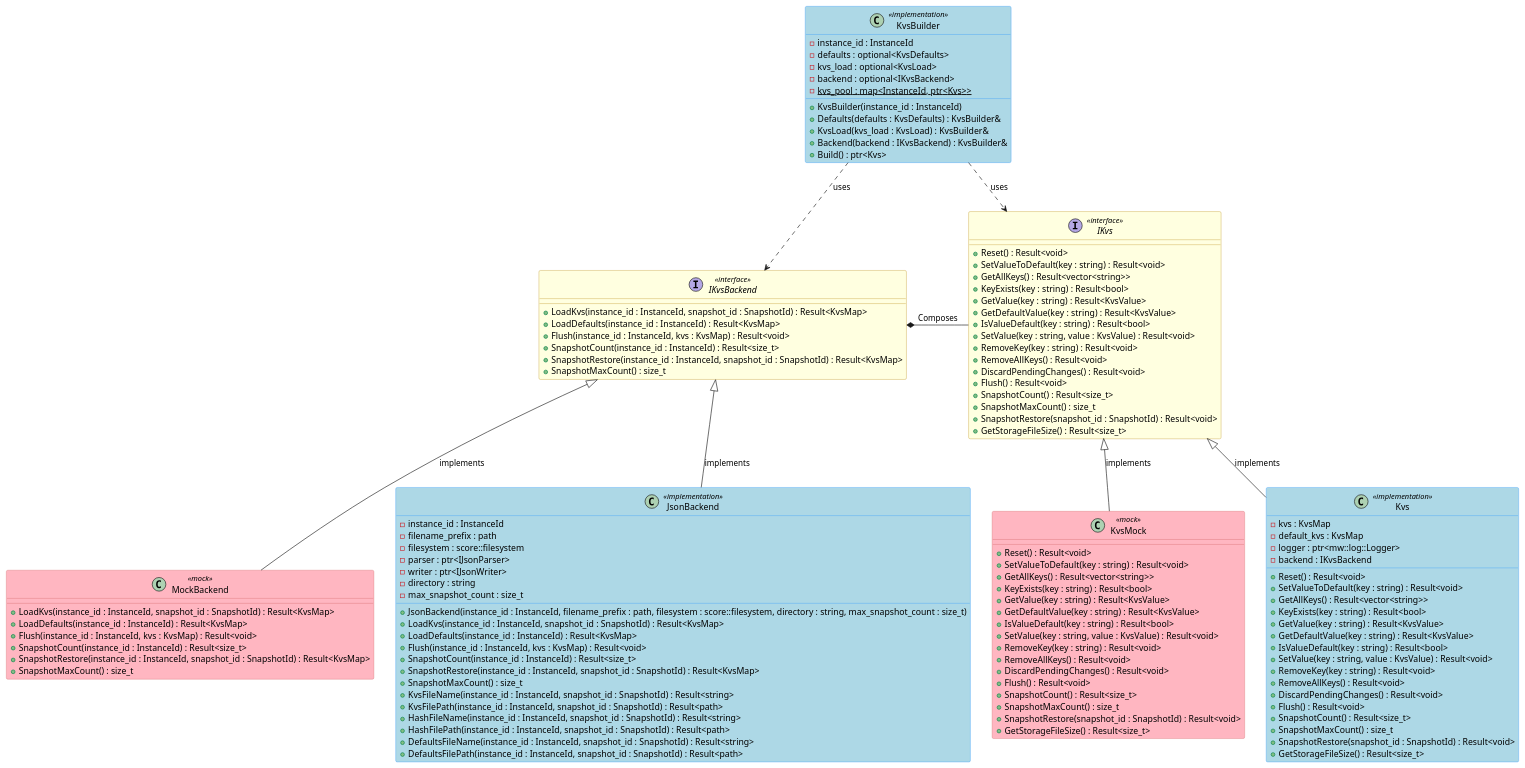
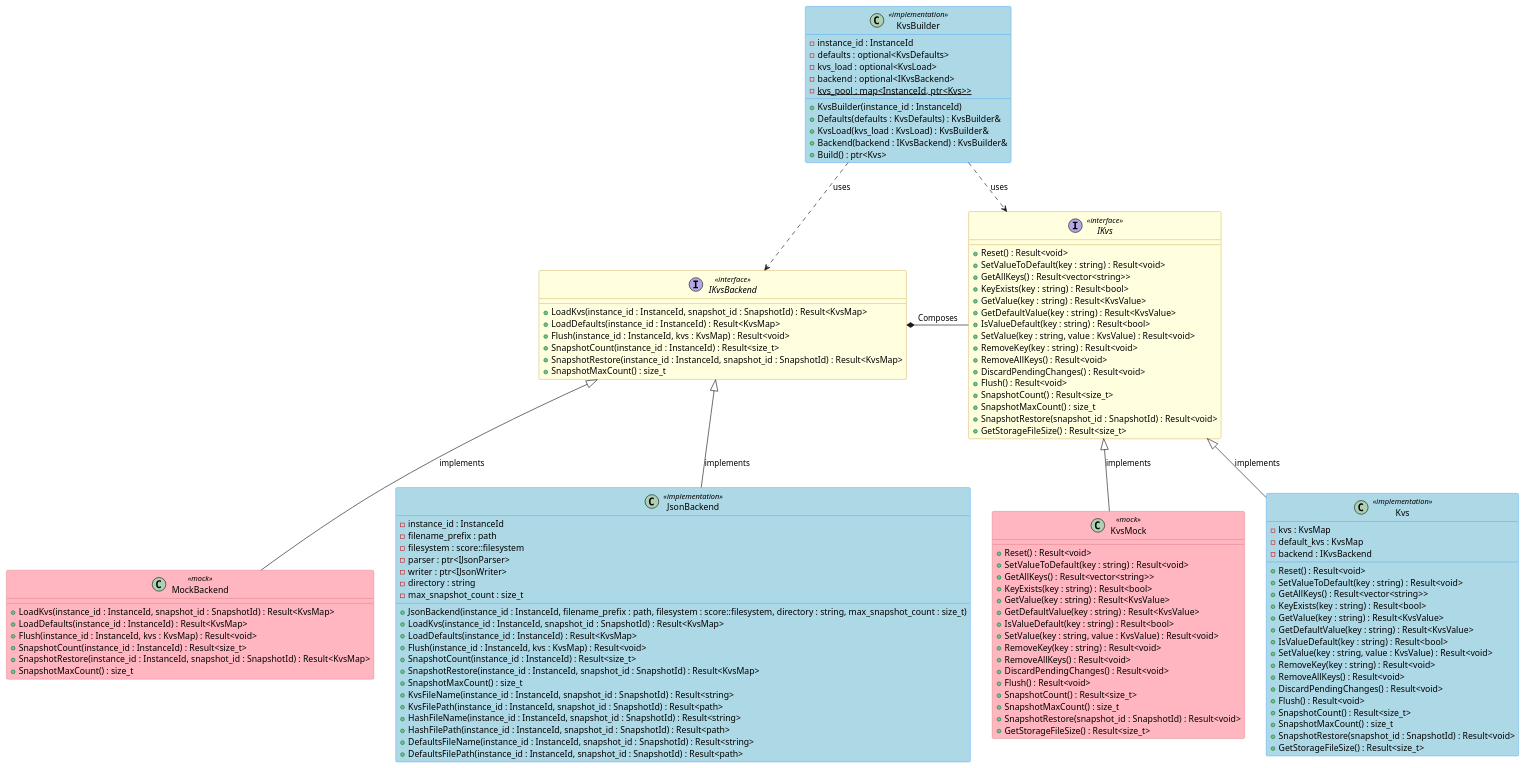
Before and after one commit to eclipse-score/persistency: the diagram in score/kvs/docs/detailed_design/class_diagram_cpp.puml, drawn with PlantUML. The commit also changed 5 other files, not shown here.

```diff
--- a/score/kvs/docs/detailed_design/class_diagram_cpp.puml
+++ b/score/kvs/docs/detailed_design/class_diagram_cpp.puml
@@ -14,146 +14,145 @@
 @startuml ScorePersistencyKvsDesign
 
 skinparam class {
     BackgroundColor<<interface>> LightYellow
     BorderColor<<interface>> DarkGoldenRod
     BackgroundColor<<implementation>> LightBlue
     BorderColor<<implementation>> DodgerBlue
     BackgroundColor<<mock>> LightPink
     BorderColor<<mock>> IndianRed
 }
 
 class KvsBuilder <<implementation>> {
     - instance_id : InstanceId
     - defaults : optional<KvsDefaults>
     - kvs_load : optional<KvsLoad>
     - backend : optional<IKvsBackend>
     - {static} kvs_pool : map<InstanceId, ptr<Kvs>>
     __
     + KvsBuilder(instance_id : InstanceId)
     + Defaults(defaults : KvsDefaults) : KvsBuilder&
     + KvsLoad(kvs_load : KvsLoad) : KvsBuilder&
     + Backend(backend : IKvsBackend) : KvsBuilder&
     + Build() : ptr<Kvs>
 }
 
 interface IKvsBackend <<interface>> {
     + LoadKvs(instance_id : InstanceId, snapshot_id : SnapshotId) : Result<KvsMap>
     + LoadDefaults(instance_id : InstanceId) : Result<KvsMap>
     + Flush(instance_id : InstanceId, kvs : KvsMap) : Result<void>
     + SnapshotCount(instance_id : InstanceId) : Result<size_t>
     + SnapshotRestore(instance_id : InstanceId, snapshot_id : SnapshotId) : Result<KvsMap>
     + SnapshotMaxCount() : size_t
 }
 
 interface IKvs <<interface>> {
     + Reset() : Result<void>
     + SetValueToDefault(key : string) : Result<void>
     + GetAllKeys() : Result<vector<string>>
     + KeyExists(key : string) : Result<bool>
     + GetValue(key : string) : Result<KvsValue>
     + GetDefaultValue(key : string) : Result<KvsValue>
     + IsValueDefault(key : string) : Result<bool>
     + SetValue(key : string, value : KvsValue) : Result<void>
     + RemoveKey(key : string) : Result<void>
     + RemoveAllKeys() : Result<void>
     + DiscardPendingChanges() : Result<void>
     + Flush() : Result<void>
     + SnapshotCount() : Result<size_t>
     + SnapshotMaxCount() : size_t
     + SnapshotRestore(snapshot_id : SnapshotId) : Result<void>
     + GetStorageFileSize() : Result<size_t>
 }
 
 IKvsBackend -[hidden]right- IKvs
 MockBackend -[hidden]right- JsonBackend
 JsonBackend -[hidden]right- KvsMock
 KvsMock  -[hidden]right- Kvs
 
 class MockBackend <<mock>> {
     + LoadKvs(instance_id : InstanceId, snapshot_id : SnapshotId) : Result<KvsMap>
     + LoadDefaults(instance_id : InstanceId) : Result<KvsMap>
     + Flush(instance_id : InstanceId, kvs : KvsMap) : Result<void>
     + SnapshotCount(instance_id : InstanceId) : Result<size_t>
     + SnapshotRestore(instance_id : InstanceId, snapshot_id : SnapshotId) : Result<KvsMap>
     + SnapshotMaxCount() : size_t
 }
 
 class JsonBackend <<implementation>> {
     - instance_id : InstanceId
     - filename_prefix : path
     - filesystem : score::filesystem
     - parser : ptr<IJsonParser>
     - writer : ptr<IJsonWriter>
     - directory : string
     - max_snapshot_count : size_t
     __
     + JsonBackend(instance_id : InstanceId, filename_prefix : path, filesystem : score::filesystem, directory : string, max_snapshot_count : size_t)
     + LoadKvs(instance_id : InstanceId, snapshot_id : SnapshotId) : Result<KvsMap>
     + LoadDefaults(instance_id : InstanceId) : Result<KvsMap>
     + Flush(instance_id : InstanceId, kvs : KvsMap) : Result<void>
     + SnapshotCount(instance_id : InstanceId) : Result<size_t>
     + SnapshotRestore(instance_id : InstanceId, snapshot_id : SnapshotId) : Result<KvsMap>
     + SnapshotMaxCount() : size_t
     + KvsFileName(instance_id : InstanceId, snapshot_id : SnapshotId) : Result<string>
     + KvsFilePath(instance_id : InstanceId, snapshot_id : SnapshotId) : Result<path>
     + HashFileName(instance_id : InstanceId, snapshot_id : SnapshotId) : Result<string>
     + HashFilePath(instance_id : InstanceId, snapshot_id : SnapshotId) : Result<path>
     + DefaultsFileName(instance_id : InstanceId, snapshot_id : SnapshotId) : Result<string>
     + DefaultsFilePath(instance_id : InstanceId, snapshot_id : SnapshotId) : Result<path>
 }
 
 class KvsMock  <<mock>> {
     + Reset() : Result<void>
     + SetValueToDefault(key : string) : Result<void>
     + GetAllKeys() : Result<vector<string>>
     + KeyExists(key : string) : Result<bool>
     + GetValue(key : string) : Result<KvsValue>
     + GetDefaultValue(key : string) : Result<KvsValue>
     + IsValueDefault(key : string) : Result<bool>
     + SetValue(key : string, value : KvsValue) : Result<void>
     + RemoveKey(key : string) : Result<void>
     + RemoveAllKeys() : Result<void>
     + DiscardPendingChanges() : Result<void>
     + Flush() : Result<void>
     + SnapshotCount() : Result<size_t>
     + SnapshotMaxCount() : size_t
     + SnapshotRestore(snapshot_id : SnapshotId) : Result<void>
     + GetStorageFileSize() : Result<size_t>
 }
 
 class Kvs <<implementation>> {
     - kvs : KvsMap
     - default_kvs : KvsMap
-    - logger : ptr<mw::log::Logger>
     - backend : IKvsBackend
     __
     + Reset() : Result<void>
     + SetValueToDefault(key : string) : Result<void>
     + GetAllKeys() : Result<vector<string>>
     + KeyExists(key : string) : Result<bool>
     + GetValue(key : string) : Result<KvsValue>
     + GetDefaultValue(key : string) : Result<KvsValue>
     + IsValueDefault(key : string) : Result<bool>
     + SetValue(key : string, value : KvsValue) : Result<void>
     + RemoveKey(key : string) : Result<void>
     + RemoveAllKeys() : Result<void>
     + DiscardPendingChanges() : Result<void>
     + Flush() : Result<void>
     + SnapshotCount() : Result<size_t>
     + SnapshotMaxCount() : size_t
     + SnapshotRestore(snapshot_id : SnapshotId) : Result<void>
     + GetStorageFileSize() : Result<size_t>
 }
 
 ' Relationships
 MockBackend -up-|> IKvsBackend : implements
 JsonBackend -up-|> IKvsBackend : implements
 KvsMock  -up-|> IKvs : implements
 Kvs -up-|> IKvs : implements
 
 ' Dependencies
 KvsBuilder ..> IKvsBackend : uses
 KvsBuilder ..> IKvs : uses
 IKvsBackend *-- IKvs : Composes
 
 @enduml
```
